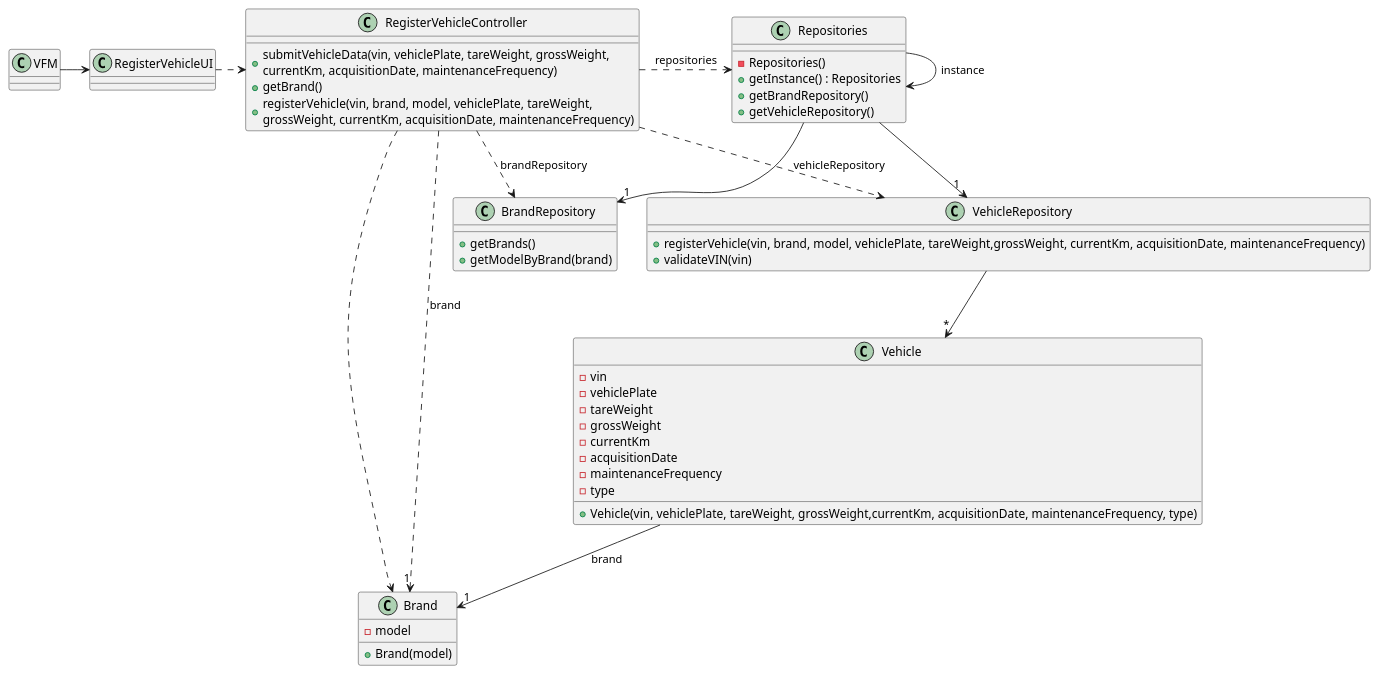
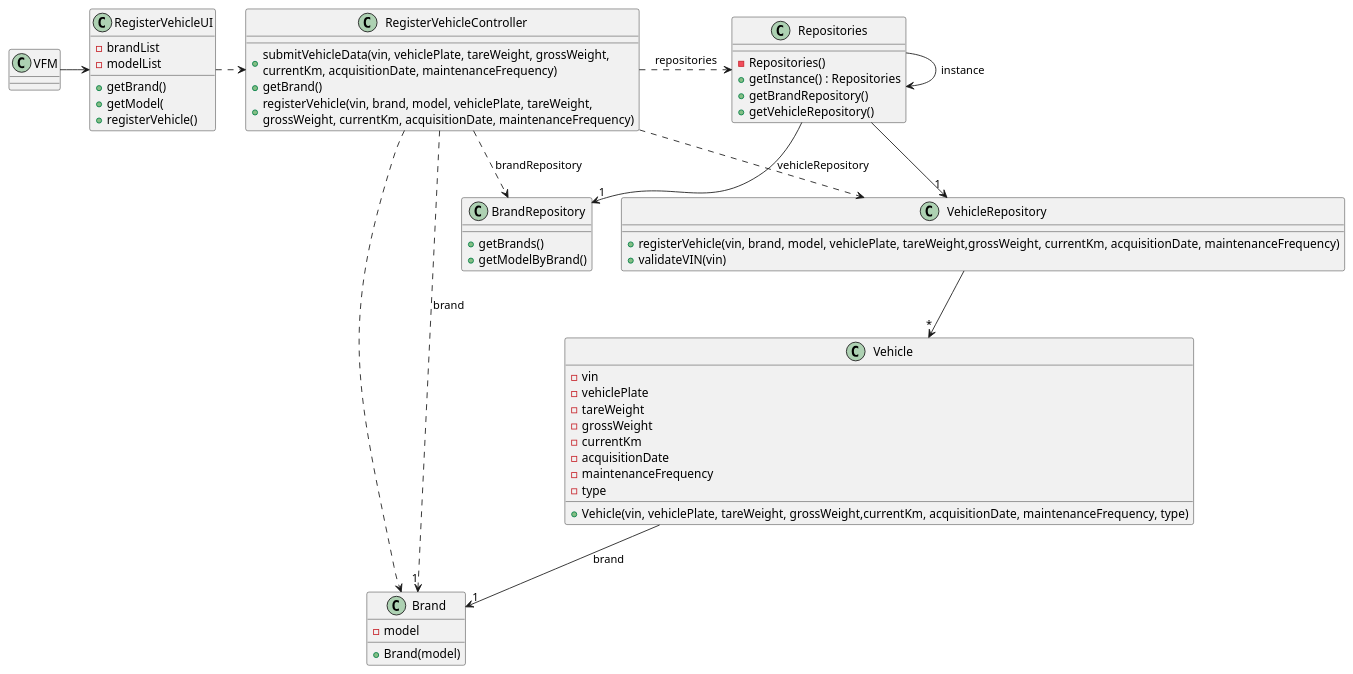
Before and after one commit to ricardomm7/leaflink: the diagram in docs/sprintB/us006/03.design/puml/us006-class-diagram.puml, drawn with PlantUML. The commit also changed 6 other files, not shown here.

Commit message:
LFC2-88<Correct get issues on US006 SD and start class diagram> LFC2-90<Correct some US008 SD issue and start class diagram> LFC2-139<Add US on use-case-diagram.md>

```diff
--- a/docs/sprintB/us006/03.design/puml/us006-class-diagram.puml
+++ b/docs/sprintB/us006/03.design/puml/us006-class-diagram.puml
@@ -1,77 +1,81 @@
 @startuml
 skinparam packageStyle rectangle
 skinparam shadowing false
 skinparam line type polyline
 
 
 
 class VFM {
 }
 
 class Vehicle {
     - vin
     - vehiclePlate
     - tareWeight
     - grossWeight
     - currentKm
     - acquisitionDate
     - maintenanceFrequency
     - type
 
     + Vehicle(vin, vehiclePlate, tareWeight, grossWeight,currentKm, acquisitionDate, maintenanceFrequency, type)
 }
 
 class Brand {
     - model
-
     + Brand(model)
 }
 
 class VehicleRepository {
     + registerVehicle(vin, brand, model, vehiclePlate, tareWeight,grossWeight, currentKm, acquisitionDate, maintenanceFrequency)
     + validateVIN(vin)
 }
 
 class BrandRepository {
     + getBrands()
-    + getModelByBrand(brand)
+    + getModelByBrand()
 }
 
 class Repositories {
     - Repositories()
     + getInstance() : Repositories
     + getBrandRepository()
     + getVehicleRepository()
 }
 
 class RegisterVehicleController {
     + submitVehicleData(vin, vehiclePlate, tareWeight, grossWeight,\ncurrentKm, acquisitionDate, maintenanceFrequency)
     + getBrand()
     + registerVehicle(vin, brand, model, vehiclePlate, tareWeight,\ngrossWeight, currentKm, acquisitionDate, maintenanceFrequency)
 }
 
 class RegisterVehicleUI {
+    - brandList
+    - modelList
+    + getBrand()
+    + getModel(
+    + registerVehicle()
 }
 
 VFM -> RegisterVehicleUI
 Repositories -> Repositories : instance
 
 RegisterVehicleUI .> RegisterVehicleController
 
 RegisterVehicleController .> Repositories : repositories
 
 Repositories -> "1" BrandRepository
 
 RegisterVehicleController ..> Brand
 RegisterVehicleController ..> VehicleRepository : vehicleRepository
 RegisterVehicleController ..> BrandRepository : brandRepository
 
 Repositories --> "1" VehicleRepository
 
 VehicleRepository --> "*" Vehicle
 
 RegisterVehicleController ..> "1" Brand : brand
 
 Vehicle --> "1" Brand : brand
 
 @enduml
```
